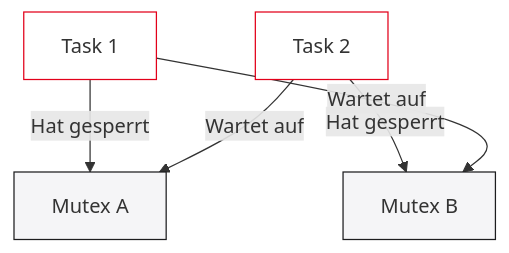
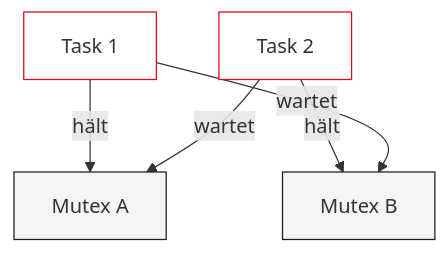
One commit to dantschi/echtzeitsysteme changed the third of 5 diagrams in vorlesungen/04_synchronisation-ressourcen.qmd. Above: the diagram before and after it, drawn with Mermaid. The commit also changed other lines of this file and 19 other files, not shown here.

````diff
--- a/vorlesungen/04_synchronisation-ressourcen.qmd
+++ b/vorlesungen/04_synchronisation-ressourcen.qmd
@@ -608,17 +609,17 @@
 ```{mermaid}
 graph TD
     T1[Task 1]
     T2[Task 2]
     M1[Mutex A]
     M2[Mutex B]
 
-    T1 -->|Hat gesperrt| M1
-    T2 -->|Hat gesperrt| M2
-    T1 -->|Wartet auf| M2
-    T2 -->|Wartet auf| M1
+    T1 -->|hält| M1
+    T2 -->|hält| M2
+    T1 -->|wartet| M2
+    T2 -->|wartet| M1
 
     style T1 fill:#FFFFFF,stroke:#E2001A,stroke-width:2px !important
     style T2 fill:#FFFFFF,stroke:#E2001A,stroke-width:2px !important
     style M1 fill:#F5F5F7,stroke:#1D1D1F,stroke-width:1px !important
     style M2 fill:#F5F5F7,stroke:#1D1D1F,stroke-width:1px !important
 ```
````
